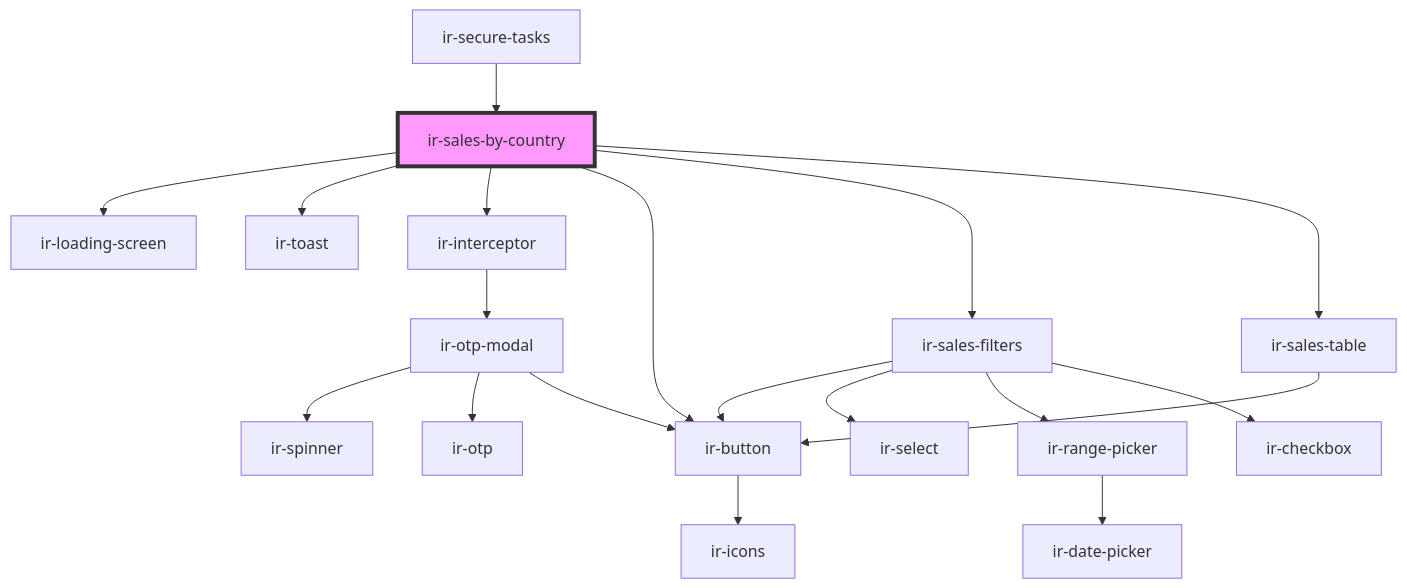
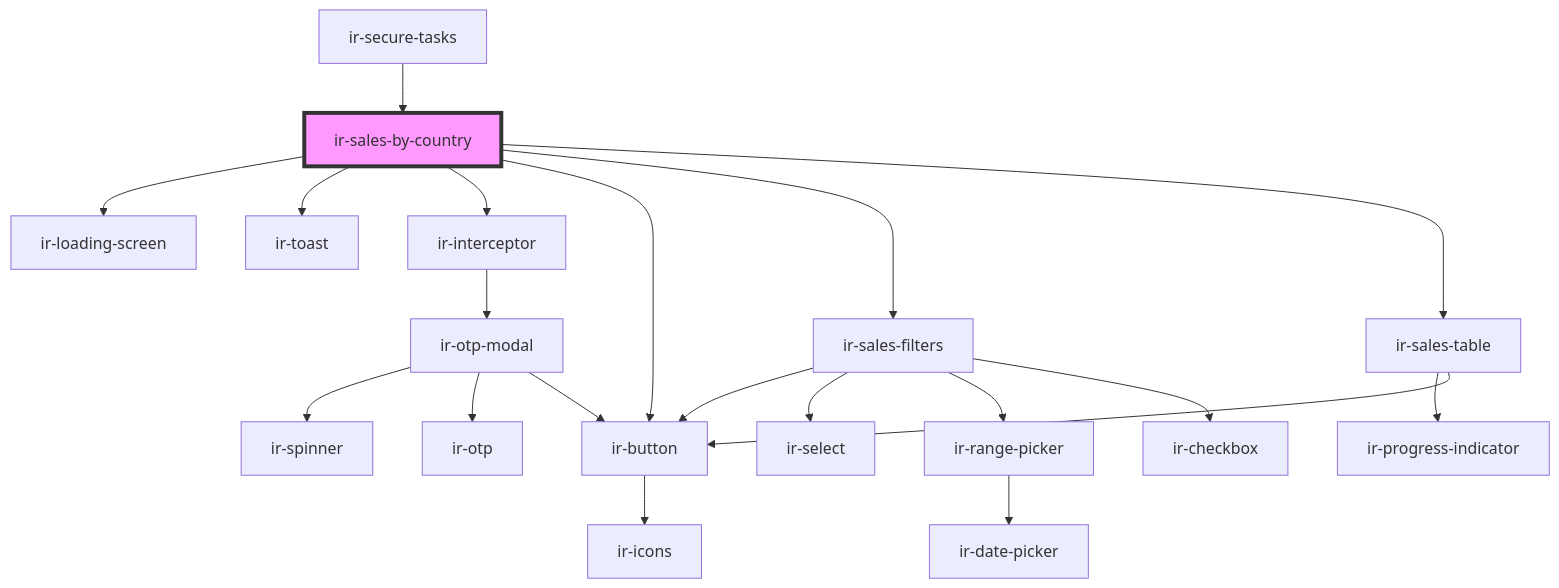
The diagram in src/components/ir-sales-by-country/readme.md (David1Chowaifaty/modified-ir-webcmp), drawn with Mermaid before and after one commit. The commit also changed 58 other files, not shown here.

````diff
--- a/src/components/ir-sales-by-country/readme.md
+++ b/src/components/ir-sales-by-country/readme.md
@@ -34,22 +34,23 @@
 ```mermaid
 graph TD;
   ir-sales-by-country --> ir-loading-screen
   ir-sales-by-country --> ir-toast
   ir-sales-by-country --> ir-interceptor
   ir-sales-by-country --> ir-button
   ir-sales-by-country --> ir-sales-filters
   ir-sales-by-country --> ir-sales-table
   ir-interceptor --> ir-otp-modal
   ir-otp-modal --> ir-spinner
   ir-otp-modal --> ir-otp
   ir-otp-modal --> ir-button
   ir-button --> ir-icons
   ir-sales-filters --> ir-button
   ir-sales-filters --> ir-select
   ir-sales-filters --> ir-range-picker
   ir-sales-filters --> ir-checkbox
   ir-range-picker --> ir-date-picker
+  ir-sales-table --> ir-progress-indicator
   ir-sales-table --> ir-button
   ir-secure-tasks --> ir-sales-by-country
   style ir-sales-by-country fill:#f9f,stroke:#333,stroke-width:4px
 ```
````
